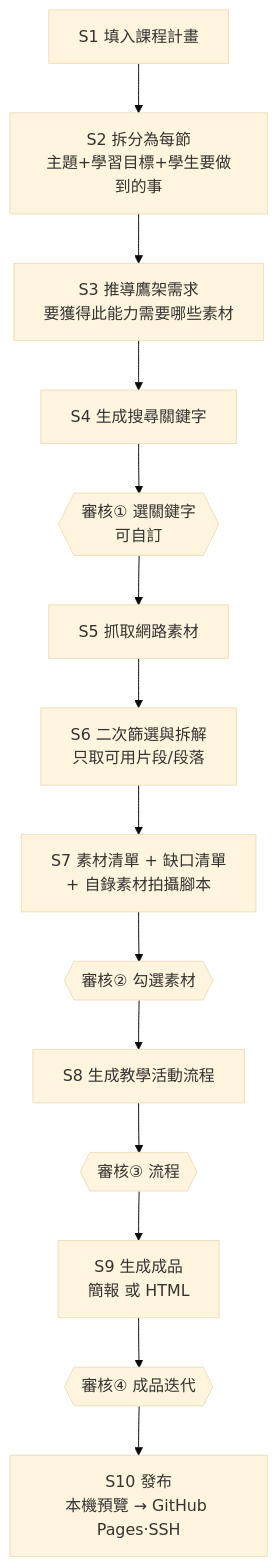
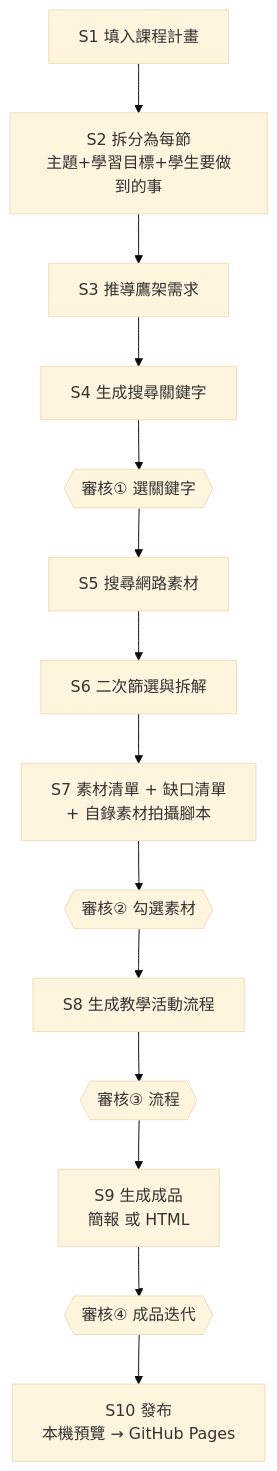
One commit to boyinslps/lesson-prep changed the diagram in 引導規範/工作流程規範.md. Above: the diagram before and after it, drawn with Mermaid (base theme). The commit also changed other lines of this file and 8 other files, not shown here.

````diff
--- a/引導規範/工作流程規範.md
+++ b/引導規範/工作流程規範.md
@@ -15,16 +15,16 @@
 ```mermaid
 flowchart TD
     S1[S1 填入課程計畫] --> S2[S2 拆分為每節<br/>主題+學習目標+學生要做到的事]
-    S2 --> S3[S3 推導鷹架需求<br/>要獲得此能力需要哪些素材]
+    S2 --> S3[S3 推導鷹架需求]
     S3 --> S4[S4 生成搜尋關鍵字]
-    S4 --> R1{{審核① 選關鍵字<br/>可自訂}}
-    R1 --> S5[S5 抓取網路素材]
-    S5 --> S6[S6 二次篩選與拆解<br/>只取可用片段/段落]
+    S4 --> R1{{審核① 選關鍵字}}
+    R1 --> S5[S5 搜尋網路素材]
+    S5 --> S6[S6 二次篩選與拆解]
     S6 --> S7[S7 素材清單 + 缺口清單<br/>+ 自錄素材拍攝腳本]
     S7 --> R2{{審核② 勾選素材}}
     R2 --> S8[S8 生成教學活動流程]
     S8 --> R3{{審核③ 流程}}
     R3 --> S9[S9 生成成品<br/>簡報 或 HTML]
     S9 --> R4{{審核④ 成品迭代}}
-    R4 --> S10[S10 發布<br/>本機預覽 → GitHub Pages·SSH]
+    R4 --> S10[S10 發布<br/>本機預覽 → GitHub Pages]
 ```
````
